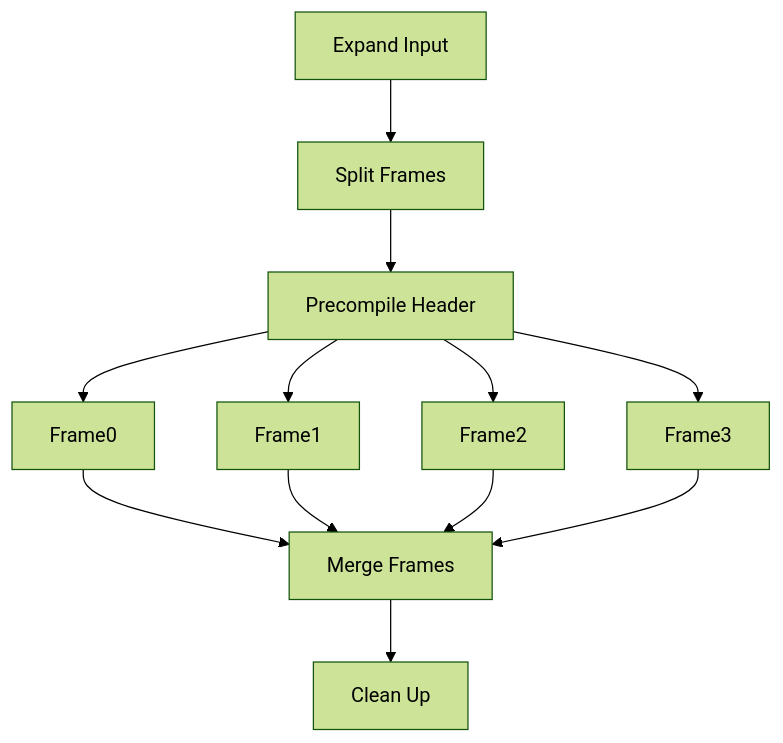
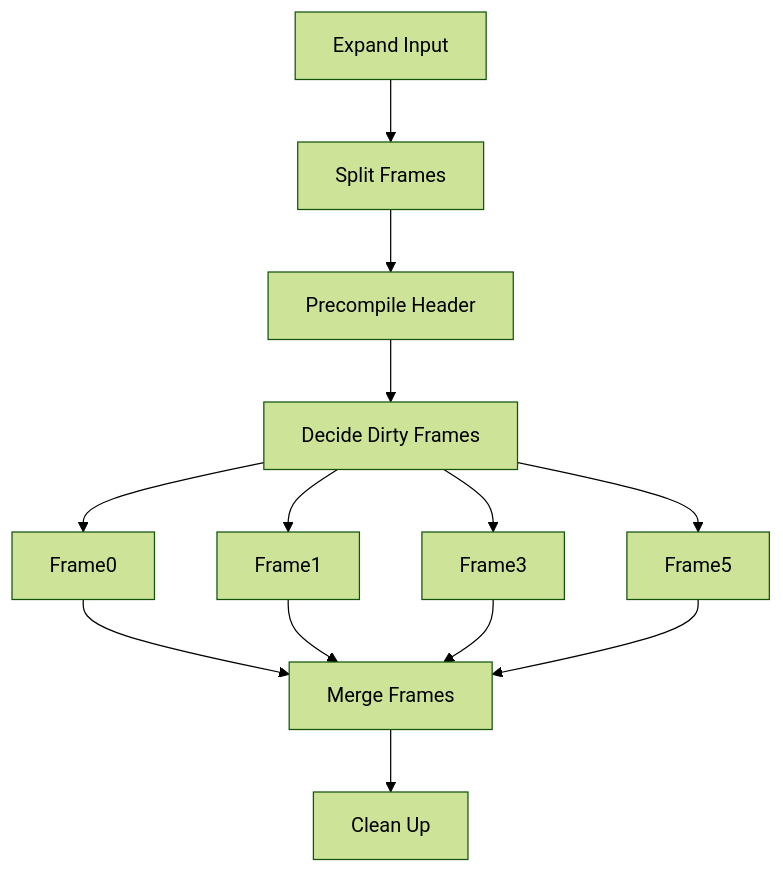
Before and after one commit to LogCreative/BeamerBoost: the diagram in README.md, drawn with Mermaid (forest theme).

````diff
--- a/README.md
+++ b/README.md
@@ -21,13 +21,13 @@
 ```mermaid
 flowchart TD
-E[Expand Input] --> S[Split Frames] --> P[Precompile Header]
-P --> Frame0
-P --> Frame1
-P --> Frame2
-P --> Frame3
+E[Expand Input] --> S[Split Frames] --> P[Precompile Header] --> D[Decide Dirty Frames]
+D --> Frame0
+D --> Frame1
+D --> Frame3
+D --> Frame5
 Frame0 --> M[Merge Frames]
 Frame1 --> M
-Frame2 --> M
 Frame3 --> M
+Frame5 --> M
 M --> C[Clean Up]
 ```
````
